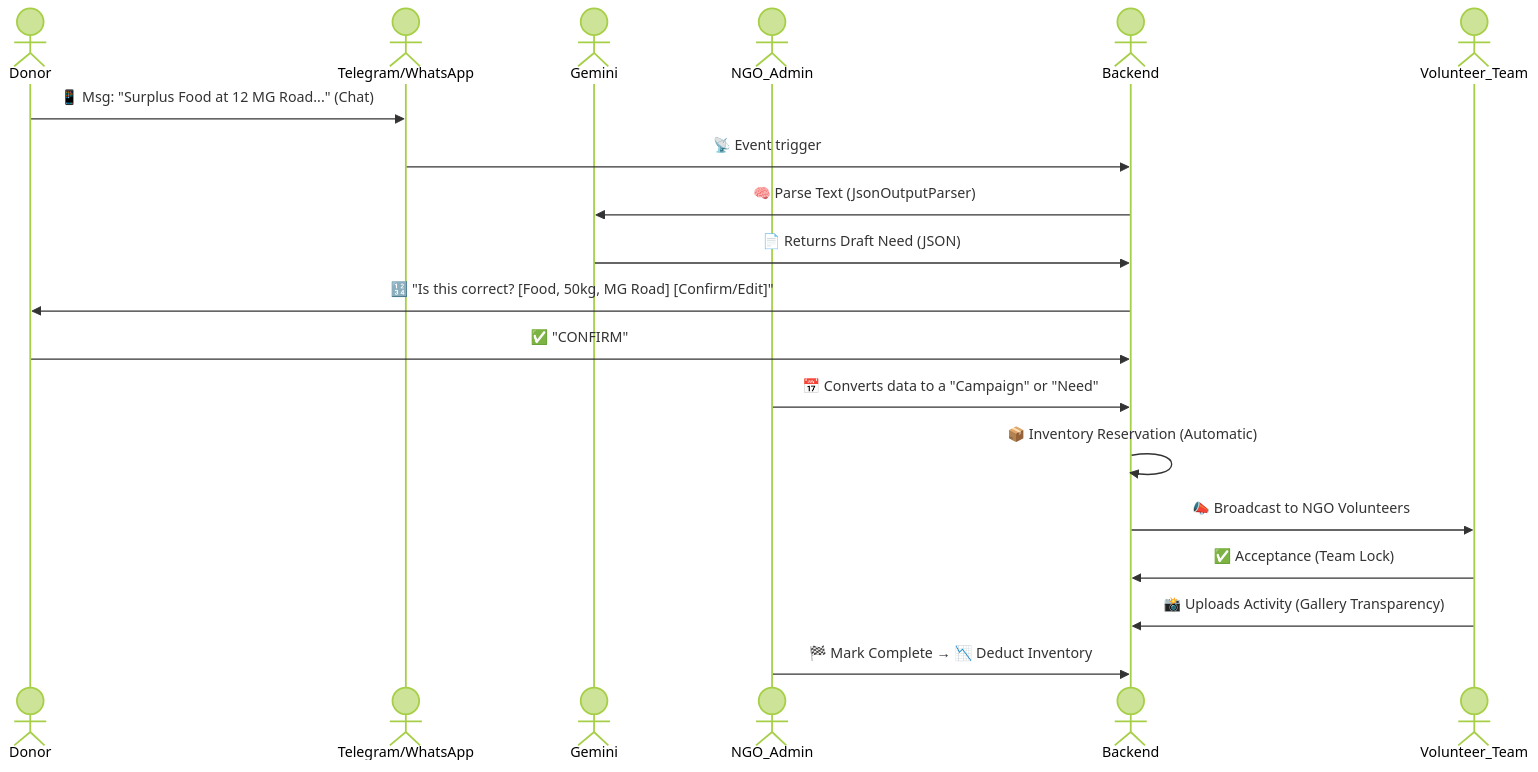
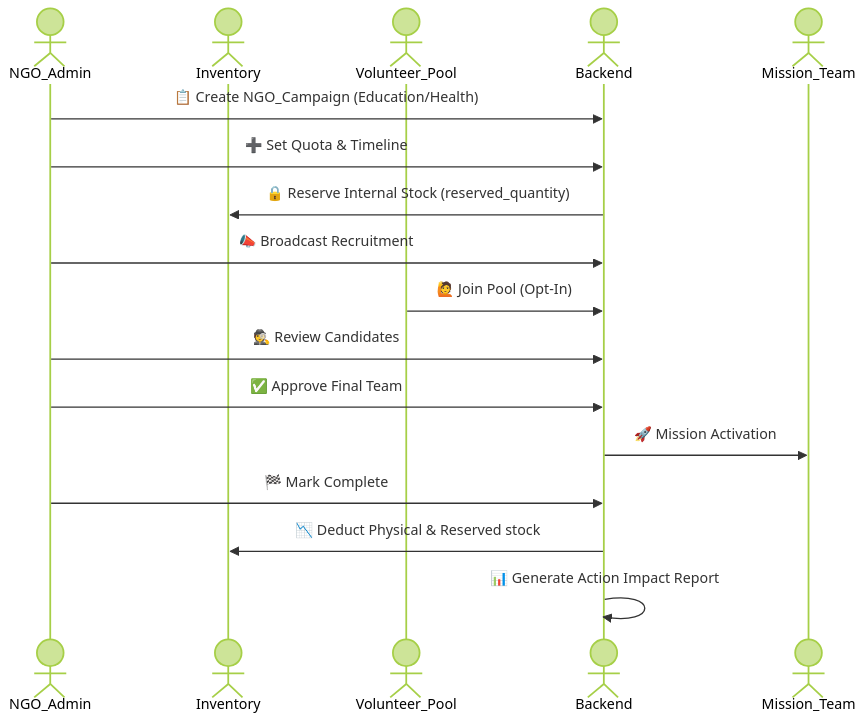
The second of 2 diagrams in docs/operational_workflows.md (bibhav1108/backend), drawn with Mermaid (forest theme) before and after one commit. The commit also changed other lines of this file and 16 other files, not shown here.

Commit message:
feat: Sahyog Setu V2.0 - Dual-Engine Architecture & Stability Refactor. Implemented Marketplace Recovery Engine, NGO Mission Control, AI Confirmation Gate, and Background Task Orchestration.

````diff
--- a/docs/operational_workflows.md
+++ b/docs/operational_workflows.md
@@ -120,25 +56,25 @@
 ```mermaid
 sequenceDiagram
-    actor Donor
-    actor Telegram/WhatsApp
-    actor Gemini
     actor NGO_Admin
+    actor Inventory
+    actor Volunteer_Pool
     actor Backend
-    actor Volunteer_Team
+    actor Mission_Team
 
-    Donor->>Telegram/WhatsApp: 📱 Msg: "Surplus Food at 12 MG Road..." (Chat)
-    Telegram/WhatsApp->>Backend: 📡 Event trigger
-    Backend->>Gemini: 🧠 Parse Text (JsonOutputParser)
-    Gemini->>Backend: 📄 Returns Draft Need (JSON)
+    NGO_Admin->>Backend: 📋 Create NGO_Campaign (Education/Health)
+    NGO_Admin->>Backend: ➕ Set Quota & Timeline
     
-    Backend->>Donor: 🔢 "Is this correct? [Food, 50kg, MG Road] [Confirm/Edit]"
-    Donor->>Backend: ✅ "CONFIRM"
+    Backend->>Inventory: 🔒 Reserve Internal Stock (reserved_quantity)
     
-    NGO_Admin->>Backend: 📅 Converts data to a "Campaign" or "Need"
-    Backend->>Backend: 📦 Inventory Reservation (Automatic)
+    NGO_Admin->>Backend: 📣 Broadcast Recruitment
+    Volunteer_Pool->>Backend: 🙋 Join Pool (Opt-In)
     
-    Backend->>Volunteer_Team: 📣 Broadcast to NGO Volunteers
-    Volunteer_Team->>Backend: ✅ Acceptance (Team Lock)
-    Volunteer_Team->>Backend: 📸 Uploads Activity (Gallery Transparency)
-    NGO_Admin->>Backend: 🏁 Mark Complete → 📉 Deduct Inventory
+    NGO_Admin->>Backend: 🕵️ Review Candidates
+    NGO_Admin->>Backend: ✅ Approve Final Team
+    
+    Backend->>Mission_Team: 🚀 Mission Activation
+    
+    NGO_Admin->>Backend: 🏁 Mark Complete
+    Backend->>Inventory: 📉 Deduct Physical & Reserved stock
+    Backend->>Backend: 📊 Generate Action Impact Report
 ```
````
